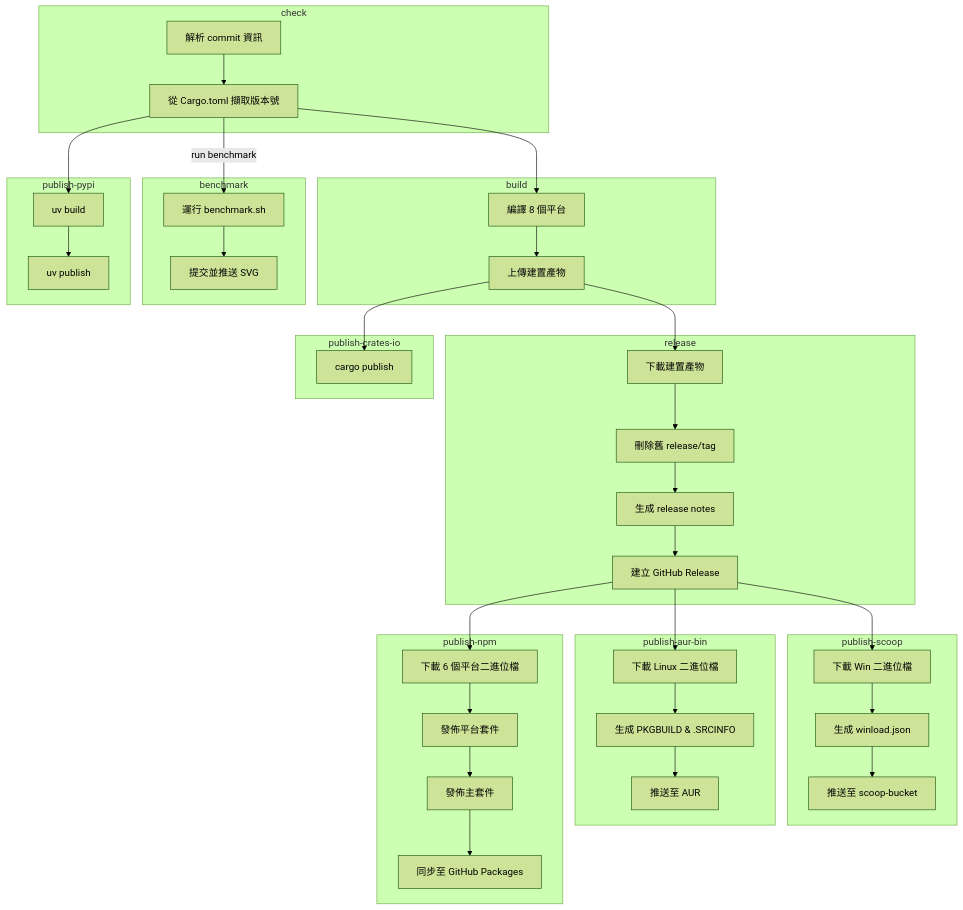
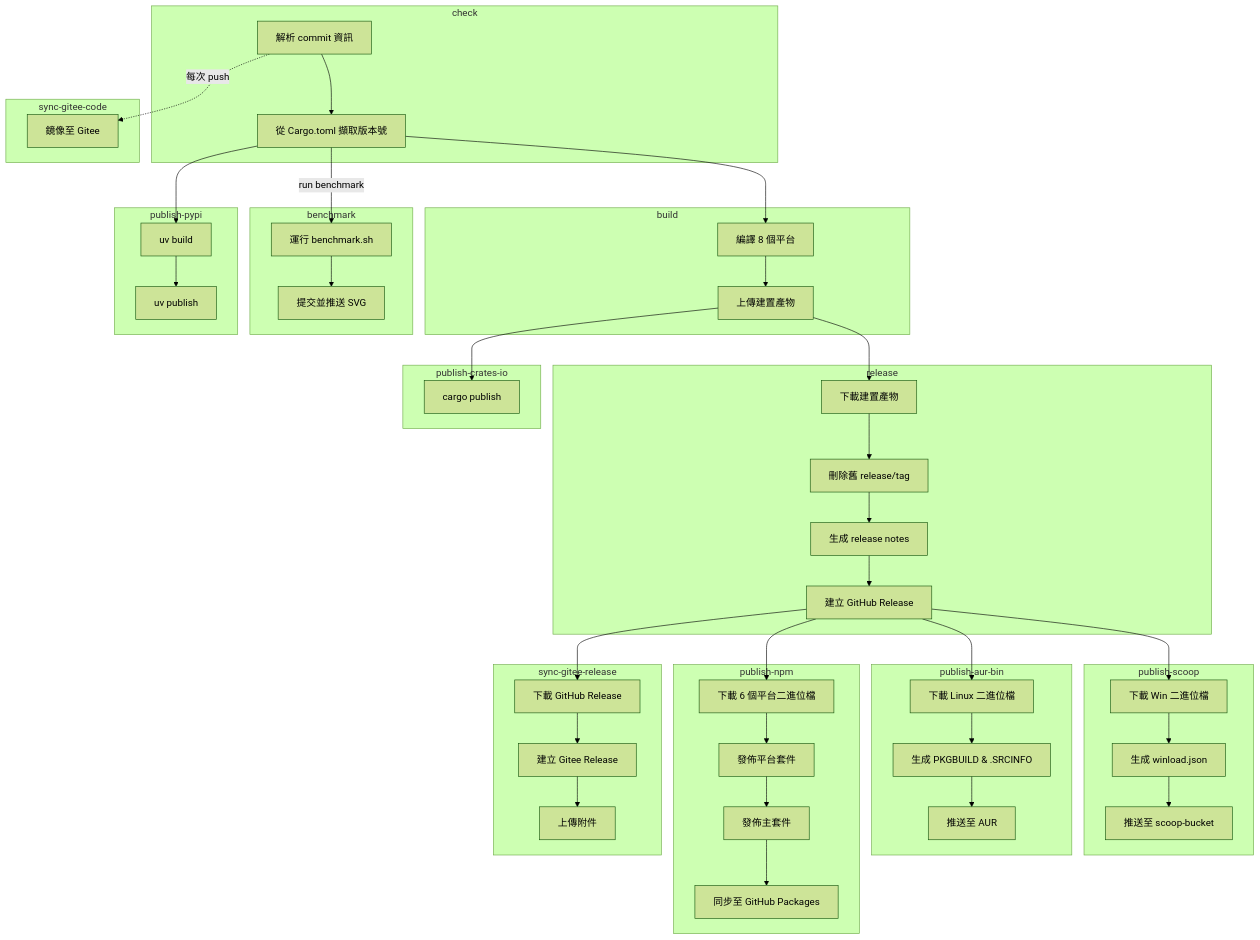
Before and after one commit to VincentZyu233/winload_ForMiWifiRouter3G: the diagram in .github/workflows/build.zh-tw.md, drawn with Mermaid (forest theme). The commit also changed other lines of this file and 7 other files, not shown here.

````diff
--- a/.github/workflows/build.zh-tw.md
+++ b/.github/workflows/build.zh-tw.md
@@ -138,69 +149,82 @@
 ```mermaid
 flowchart TB
     subgraph check["check"]
         C1[解析 commit 資訊]
         C2[從 Cargo.toml 擷取版本號]
+    end
+    
+    subgraph syncCode["sync-gitee-code"]
+        SC1[鏡像至 Gitee]
     end
     
     subgraph build["build"]
         B1[編譯 8 個平台]
         B2[上傳建置產物]
     end
     
     subgraph release["release"]
         R1[下載建置產物]
         R2[刪除舊 release/tag]
         R3[生成 release notes]
         R4[建立 GitHub Release]
     end
 
     subgraph scoop["publish-scoop"]
         S1[下載 Win 二進位檔]
         S2[生成 winload.json]
         S3[推送至 scoop-bucket]
     end
     
     subgraph aur["publish-aur-bin"]
         A1[下載 Linux 二進位檔]
         A2[生成 PKGBUILD & .SRCINFO]
         A3[推送至 AUR]
     end
     
     subgraph npm["publish-npm"]
         N1[下載 6 個平台二進位檔]
         N2[發佈平台套件]
         N3[發佈主套件]
         N4[同步至 GitHub Packages]
     end
     
+    subgraph syncRelease["sync-gitee-release"]
+        SR1[下載 GitHub Release]
+        SR2[建立 Gitee Release]
+        SR3[上傳附件]
+    end
+    
     subgraph benchmark["benchmark"]
         BM1[運行 benchmark.sh]
         BM2[提交並推送 SVG]
     end
     
     subgraph crates["publish-crates-io"]
         CR1[cargo publish]
     end
     
     subgraph pypi["publish-pypi"]
         PY1[uv build]
         PY2[uv publish]
     end
 
     C1 --> C2
+    C1 -."每次 push".-> SC1
     C2 --> B1
     C2 --"run benchmark"--> BM1
     C2 --> PY1
     BM1 --> BM2
     PY1 --> PY2
     B1 --> B2
     B2 --> R1
     B2 --> CR1
     R1 --> R2 --> R3 --> R4
     R4 --> S1
     S1 --> S2 --> S3
     R4 --> A1
     A1 --> A2 --> A3
     R4 --> N1
     N1 --> N2 --> N3 --> N4
+    R4 --> SR1
+    SR1 --> SR2 --> SR3
 ```
````
